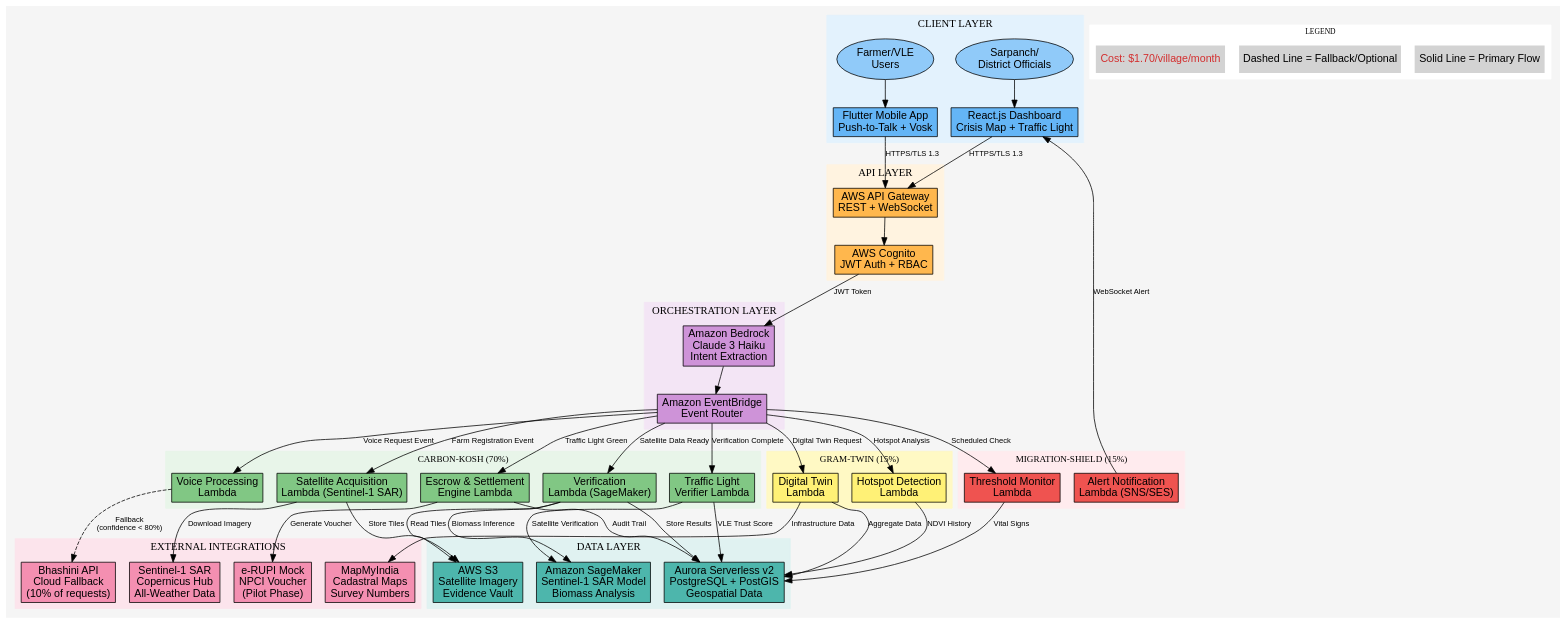
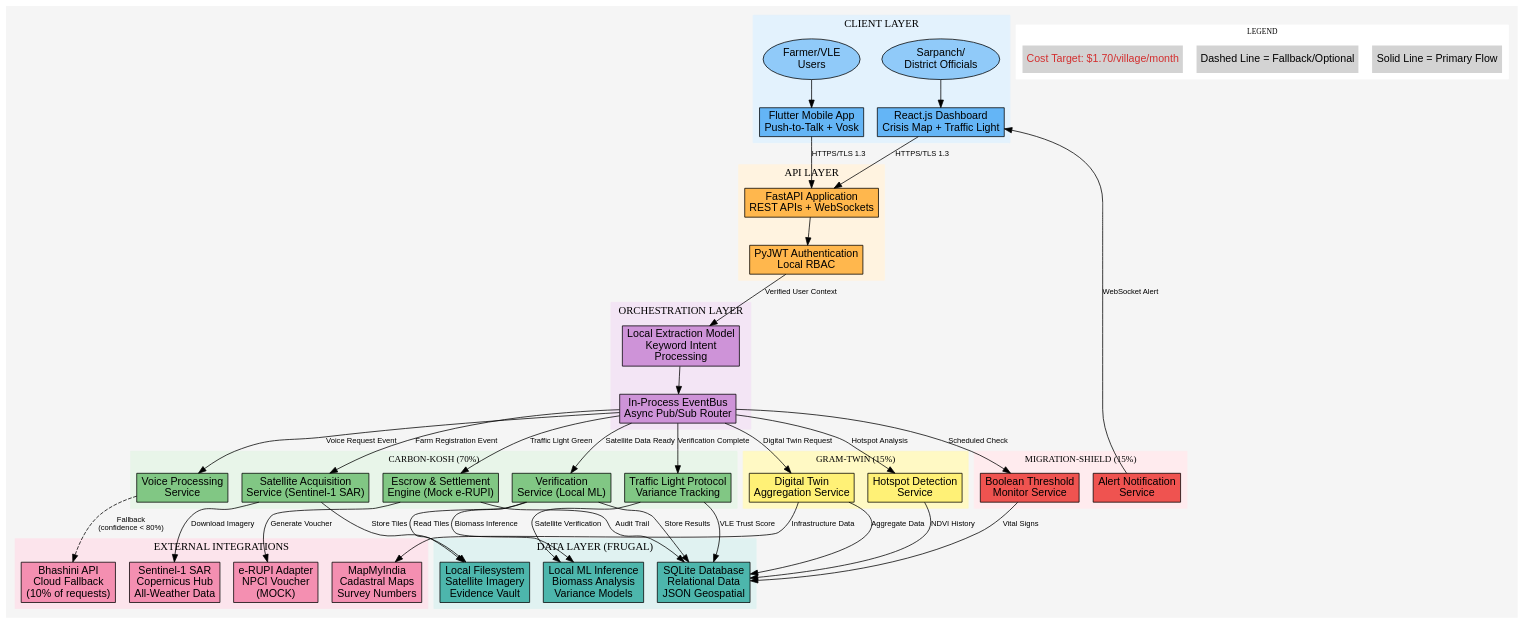
Before and after one commit to uddhav05-cyber/Bharat_Setu: the diagram in bharat-setu-architecture.dot, drawn with Graphviz. The commit also changed 1 other file, not shown here.

Commit message:
docs: adapt design documents to use frugal open-source stack

```diff
--- a/bharat-setu-architecture.dot
+++ b/bharat-setu-architecture.dot
@@ -1,167 +1,167 @@
 digraph BharatSetuArchitecture {
     // Graph settings
     rankdir=TB;
     compound=true;
     node [shape=box, style=filled, fontname="Arial"];
     edge [fontname="Arial", fontsize=10];
     
     // Color scheme
     bgcolor="#f5f5f5";
     
     // Client Layer
     subgraph cluster_client {
         label="CLIENT LAYER";
         style=filled;
         color="#e3f2fd";
         fontsize=14;
         fontname="Arial Bold";
         
         farmer [label="Farmer/VLE\nUsers", shape=ellipse, fillcolor="#90caf9"];
         officials [label="Sarpanch/\nDistrict Officials", shape=ellipse, fillcolor="#90caf9"];
         mobile [label="Flutter Mobile App\nPush-to-Talk + Vosk", fillcolor="#64b5f6"];
         web [label="React.js Dashboard\nCrisis Map + Traffic Light", fillcolor="#64b5f6"];
         
         farmer -> mobile;
         officials -> web;
     }
     
     // API Layer
     subgraph cluster_api {
         label="API LAYER";
         style=filled;
         color="#fff3e0";
         fontsize=14;
         fontname="Arial Bold";
         
-        apigw [label="AWS API Gateway\nREST + WebSocket", fillcolor="#ffb74d"];
-        cognito [label="AWS Cognito\nJWT Auth + RBAC", fillcolor="#ffb74d"];
+        fastapi [label="FastAPI Application\nREST APIs + WebSockets", fillcolor="#ffb74d"];
+        jwt_auth [label="PyJWT Authentication\nLocal RBAC", fillcolor="#ffb74d"];
         
-        apigw -> cognito;
+        fastapi -> jwt_auth;
     }
     
     // Orchestration Layer
     subgraph cluster_orchestration {
         label="ORCHESTRATION LAYER";
         style=filled;
         color="#f3e5f5";
         fontsize=14;
         fontname="Arial Bold";
         
-        bedrock [label="Amazon Bedrock\nClaude 3 Haiku\nIntent Extraction", fillcolor="#ce93d8"];
-        eventbridge [label="Amazon EventBridge\nEvent Router", fillcolor="#ce93d8"];
+        voice_model [label="Local Extraction Model\nKeyword Intent\nProcessing", fillcolor="#ce93d8"];
+        local_bus [label="In-Process EventBus\nAsync Pub/Sub Router", fillcolor="#ce93d8"];
         
-        bedrock -> eventbridge;
+        voice_model -> local_bus;
     }
     
     // Service Layer - Carbon-Kosh
     subgraph cluster_carbon {
         label="CARBON-KOSH (70%)";
         style=filled;
         color="#e8f5e9";
         fontsize=12;
         fontname="Arial Bold";
         
-        voice_lambda [label="Voice Processing\nLambda", fillcolor="#81c784"];
-        satellite_lambda [label="Satellite Acquisition\nLambda (Sentinel-1 SAR)", fillcolor="#81c784"];
-        verification_lambda [label="Verification\nLambda (SageMaker)", fillcolor="#81c784"];
-        traffic_lambda [label="Traffic Light\nVerifier Lambda", fillcolor="#81c784"];
-        escrow_lambda [label="Escrow & Settlement\nEngine Lambda", fillcolor="#81c784"];
+        voice_service [label="Voice Processing\nService", fillcolor="#81c784"];
+        satellite_service [label="Satellite Acquisition\nService (Sentinel-1 SAR)", fillcolor="#81c784"];
+        verification_service [label="Verification\nService (Local ML)", fillcolor="#81c784"];
+        traffic_service [label="Traffic Light Protocol\nVariance Tracking", fillcolor="#81c784"];
+        escrow_service [label="Escrow & Settlement\nEngine (Mock e-RUPI)", fillcolor="#81c784"];
     }
     
     // Service Layer - Gram-Twin
     subgraph cluster_gram {
         label="GRAM-TWIN (15%)";
         style=filled;
         color="#fff9c4";
         fontsize=12;
         fontname="Arial Bold";
         
-        twin_lambda [label="Digital Twin\nLambda", fillcolor="#fff176"];
-        hotspot_lambda [label="Hotspot Detection\nLambda", fillcolor="#fff176"];
+        twin_service [label="Digital Twin\nAggregation Service", fillcolor="#fff176"];
+        hotspot_service [label="Hotspot Detection\nService", fillcolor="#fff176"];
     }
     
     // Service Layer - Migration-Shield
     subgraph cluster_migration {
         label="MIGRATION-SHIELD (15%)";
         style=filled;
         color="#ffebee";
         fontsize=12;
         fontname="Arial Bold";
         
-        threshold_lambda [label="Threshold Monitor\nLambda", fillcolor="#ef5350"];
-        alert_lambda [label="Alert Notification\nLambda (SNS/SES)", fillcolor="#ef5350"];
+        threshold_service [label="Boolean Threshold\nMonitor Service", fillcolor="#ef5350"];
+        alert_service [label="Alert Notification\nService", fillcolor="#ef5350"];
     }
     
     // Data Layer
     subgraph cluster_data {
-        label="DATA LAYER";
+        label="DATA LAYER (FRUGAL)";
         style=filled;
         color="#e0f2f1";
         fontsize=14;
         fontname="Arial Bold";
         
-        s3 [label="AWS S3\nSatellite Imagery\nEvidence Vault", fillcolor="#4db6ac"];
-        aurora [label="Aurora Serverless v2\nPostgreSQL + PostGIS\nGeospatial Data", fillcolor="#4db6ac"];
-        sagemaker [label="Amazon SageMaker\nSentinel-1 SAR Model\nBiomass Analysis", fillcolor="#4db6ac"];
+        local_storage [label="Local Filesystem\nSatellite Imagery\nEvidence Vault", fillcolor="#4db6ac"];
+        sqlite_db [label="SQLite Database\nRelational Data\nJSON Geospatial", fillcolor="#4db6ac"];
+        local_ml [label="Local ML Inference\nBiomass Analysis\nVariance Models", fillcolor="#4db6ac"];
     }
     
     // External Integrations
     subgraph cluster_external {
         label="EXTERNAL INTEGRATIONS";
         style=filled;
         color="#fce4ec";
         fontsize=14;
         fontname="Arial Bold";
         
         bhashini [label="Bhashini API\nCloud Fallback\n(10% of requests)", fillcolor="#f48fb1"];
         sentinel [label="Sentinel-1 SAR\nCopernicus Hub\nAll-Weather Data", fillcolor="#f48fb1"];
         mapmyindia [label="MapMyIndia\nCadastral Maps\nSurvey Numbers", fillcolor="#f48fb1"];
-        erupi [label="e-RUPI Mock\nNPCI Voucher\n(Pilot Phase)", fillcolor="#f48fb1"];
+        erupi [label="e-RUPI Adapter\nNPCI Voucher\n(MOCK)", fillcolor="#f48fb1"];
     }
     
     // Connections - Client to API
-    mobile -> apigw [label="HTTPS/TLS 1.3"];
-    web -> apigw [label="HTTPS/TLS 1.3"];
+    mobile -> fastapi [label="HTTPS/TLS 1.3"];
+    web -> fastapi [label="HTTPS/TLS 1.3"];
     
     // Connections - API to Orchestration
-    cognito -> bedrock [label="JWT Token"];
+    jwt_auth -> voice_model [label="Verified User Context"];
     
     // Connections - Orchestration to Services
-    eventbridge -> voice_lambda [label="Voice Request Event"];
-    eventbridge -> satellite_lambda [label="Farm Registration Event"];
-    eventbridge -> verification_lambda [label="Satellite Data Ready"];
-    eventbridge -> traffic_lambda [label="Verification Complete"];
-    eventbridge -> escrow_lambda [label="Traffic Light Green"];
-    eventbridge -> twin_lambda [label="Digital Twin Request"];
-    eventbridge -> hotspot_lambda [label="Hotspot Analysis"];
-    eventbridge -> threshold_lambda [label="Scheduled Check"];
+    local_bus -> voice_service [label="Voice Request Event"];
+    local_bus -> satellite_service [label="Farm Registration Event"];
+    local_bus -> verification_service [label="Satellite Data Ready"];
+    local_bus -> traffic_service [label="Verification Complete"];
+    local_bus -> escrow_service [label="Traffic Light Green"];
+    local_bus -> twin_service [label="Digital Twin Request"];
+    local_bus -> hotspot_service [label="Hotspot Analysis"];
+    local_bus -> threshold_service [label="Scheduled Check"];
     
     // Connections - Services to Data
-    voice_lambda -> bhashini [label="Fallback\n(confidence < 80%)", style=dashed];
-    satellite_lambda -> sentinel [label="Download Imagery"];
-    satellite_lambda -> s3 [label="Store Tiles"];
-    verification_lambda -> s3 [label="Read Tiles"];
-    verification_lambda -> sagemaker [label="Biomass Inference"];
-    verification_lambda -> aurora [label="Store Results"];
-    traffic_lambda -> aurora [label="VLE Trust Score"];
-    traffic_lambda -> sagemaker [label="Satellite Verification"];
-    escrow_lambda -> erupi [label="Generate Voucher"];
-    escrow_lambda -> aurora [label="Audit Trail"];
-    twin_lambda -> aurora [label="Aggregate Data"];
-    twin_lambda -> mapmyindia [label="Infrastructure Data"];
-    hotspot_lambda -> aurora [label="NDVI History"];
-    threshold_lambda -> aurora [label="Vital Signs"];
-    alert_lambda -> web [label="WebSocket Alert"];
+    voice_service -> bhashini [label="Fallback\n(confidence < 80%)", style=dashed];
+    satellite_service -> sentinel [label="Download Imagery"];
+    satellite_service -> local_storage [label="Store Tiles"];
+    verification_service -> local_storage [label="Read Tiles"];
+    verification_service -> local_ml [label="Biomass Inference"];
+    verification_service -> sqlite_db [label="Store Results"];
+    traffic_service -> sqlite_db [label="VLE Trust Score"];
+    traffic_service -> local_ml [label="Satellite Verification"];
+    escrow_service -> erupi [label="Generate Voucher"];
+    escrow_service -> sqlite_db [label="Audit Trail"];
+    twin_service -> sqlite_db [label="Aggregate Data"];
+    twin_service -> mapmyindia [label="Infrastructure Data"];
+    hotspot_service -> sqlite_db [label="NDVI History"];
+    threshold_service -> sqlite_db [label="Vital Signs"];
+    alert_service -> web [label="WebSocket Alert"];
     
     // Legend
     subgraph cluster_legend {
         label="LEGEND";
         style=filled;
         color="#ffffff";
         fontsize=10;
         
         legend1 [label="Solid Line = Primary Flow", shape=plaintext];
         legend2 [label="Dashed Line = Fallback/Optional", shape=plaintext];
-        legend3 [label="Cost: $1.70/village/month", shape=plaintext, fontcolor="#d32f2f"];
+        legend3 [label="Cost Target: $1.70/village/month", shape=plaintext, fontcolor="#d32f2f"];
     }
 }
```
